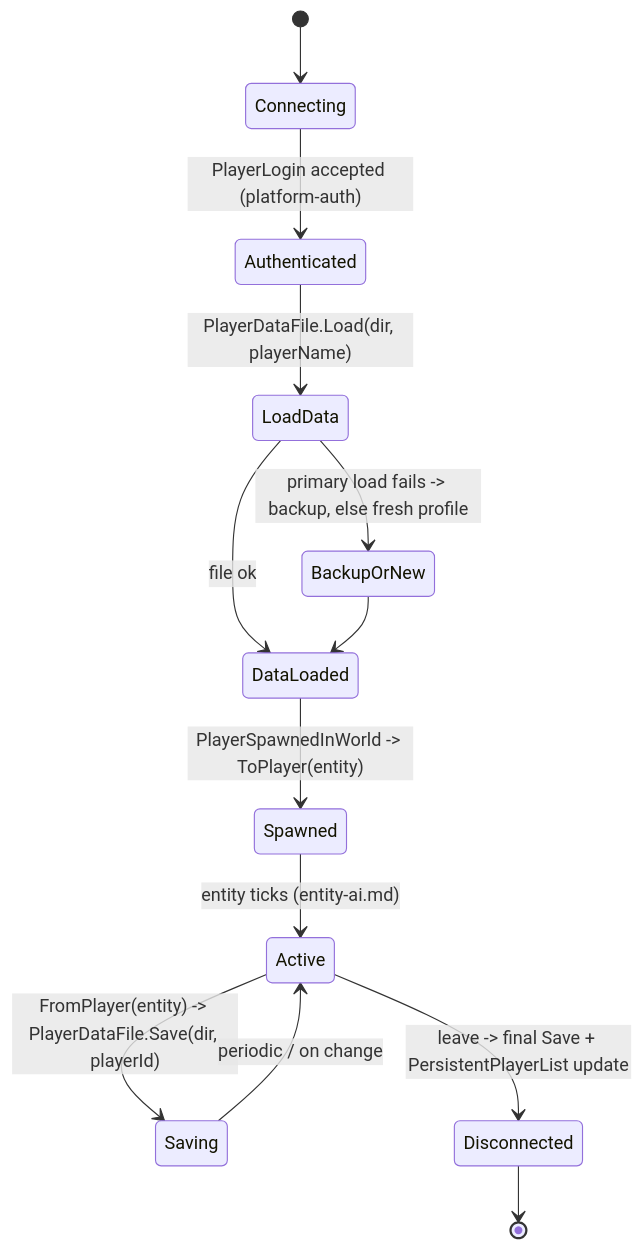
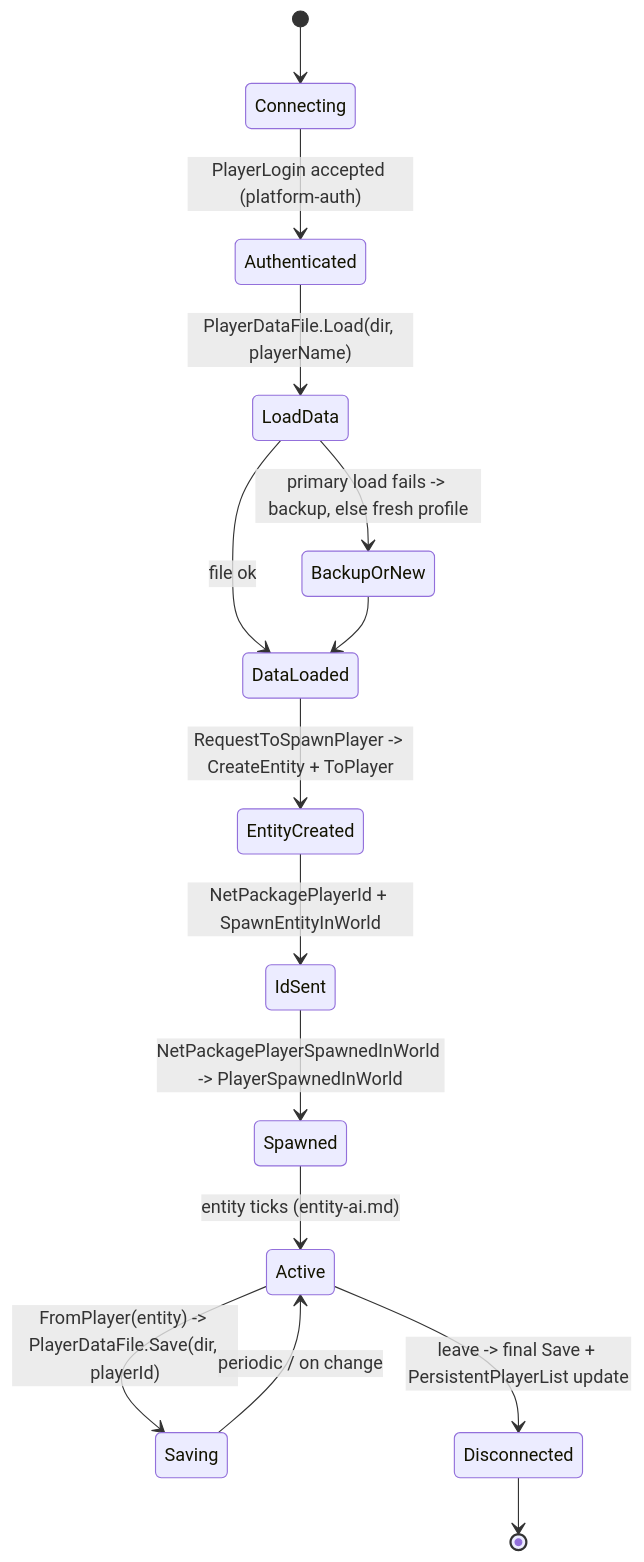
Before and after one commit to hordeforge/7dtd-engine-research: the third of 4 diagrams in docs/server-lifecycle.md, drawn with Mermaid. The commit also changed other lines of this file and 5 other files, not shown here.

First line of the commit message:
Document RequestToSpawnPlayer join path and PlayerId packages

````diff
--- a/docs/server-lifecycle.md
+++ b/docs/server-lifecycle.md
@@ -103,15 +105,17 @@
 ```mermaid
 stateDiagram-v2
   [*] --> Connecting
   Connecting --> Authenticated: PlayerLogin accepted (platform-auth)
   Authenticated --> LoadData: PlayerDataFile.Load(dir, playerName)
   LoadData --> DataLoaded: file ok
   LoadData --> BackupOrNew: primary load fails -> backup, else fresh profile
   BackupOrNew --> DataLoaded
-  DataLoaded --> Spawned: PlayerSpawnedInWorld -> ToPlayer(entity)
+  DataLoaded --> EntityCreated: RequestToSpawnPlayer -> CreateEntity + ToPlayer
+  EntityCreated --> IdSent: NetPackagePlayerId + SpawnEntityInWorld
+  IdSent --> Spawned: NetPackagePlayerSpawnedInWorld -> PlayerSpawnedInWorld
   Spawned --> Active: entity ticks (entity-ai.md)
   Active --> Saving: FromPlayer(entity) -> PlayerDataFile.Save(dir, playerId)
   Saving --> Active: periodic / on change
   Active --> Disconnected: leave -> final Save + PersistentPlayerList update
   Disconnected --> [*]
 ```
````
